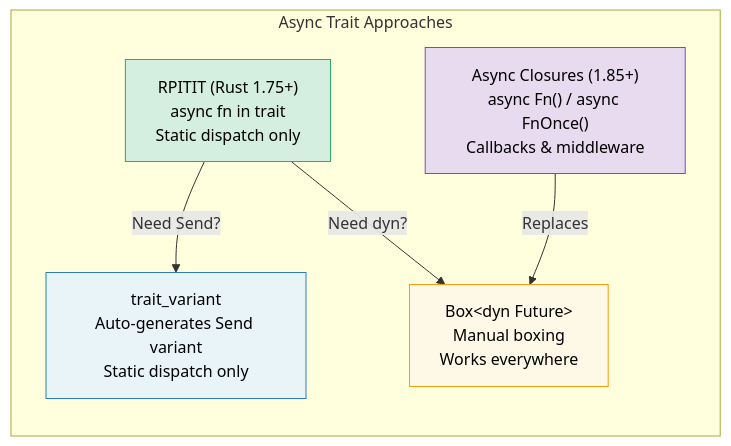
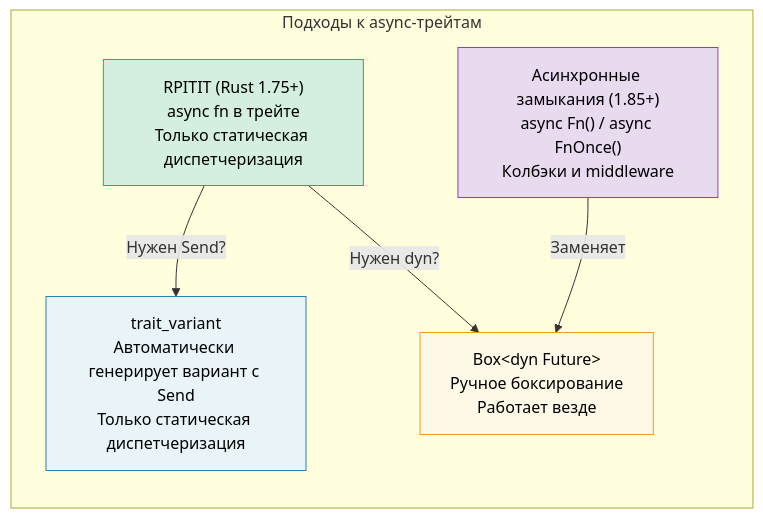
One commit to r007/RustTraining-Rus changed the diagram in async-book/src/ch10-async-traits.md. Above: the diagram before and after it, drawn with Mermaid. The commit also changed other lines of this file and 3 other files, not shown here.

First line of the commit message:
Translate Async Rust book chapters 10-13 to Russian

````diff
--- a/async-book/src/ch10-async-traits.md
+++ b/async-book/src/ch10-async-traits.md
@@ -9,19 +9,19 @@
 ```mermaid
 graph TD
-    subgraph "Async Trait Approaches"
+    subgraph "Подходы к async-трейтам"
         direction TB
-        RPITIT["RPITIT (Rust 1.75+)<br/>async fn in trait<br/>Static dispatch only"]
-        VARIANT["trait_variant<br/>Auto-generates Send variant<br/>Static dispatch only"]
-        BOXED["Box&lt;dyn Future&gt;<br/>Manual boxing<br/>Works everywhere"]
-        CLOSURE["Async Closures (1.85+)<br/>async Fn() / async FnOnce()<br/>Callbacks & middleware"]
+        RPITIT["RPITIT (Rust 1.75+)<br/>async fn в трейте<br/>Только статическая диспетчеризация"]
+        VARIANT["trait_variant<br/>Автоматически генерирует вариант с Send<br/>Только статическая диспетчеризация"]
+        BOXED["Box&lt;dyn Future&gt;<br/>Ручное боксирование<br/>Работает везде"]
+        CLOSURE["Асинхронные замыкания (1.85+)<br/>async Fn() / async FnOnce()<br/>Колбэки и middleware"]
     end
 
-    RPITIT -->|"Need Send?"| VARIANT
-    RPITIT -->|"Need dyn?"| BOXED
-    CLOSURE -->|"Replaces"| BOXED
+    RPITIT -->|"Нужен Send?"| VARIANT
+    RPITIT -->|"Нужен dyn?"| BOXED
+    CLOSURE -->|"Заменяет"| BOXED
 
     style RPITIT fill:#d4efdf,stroke:#27ae60,color:#000
     style VARIANT fill:#e8f4f8,stroke:#2980b9,color:#000
     style BOXED fill:#fef9e7,stroke:#f39c12,color:#000
     style CLOSURE fill:#e8daef,stroke:#8e44ad,color:#000
 ```
````
